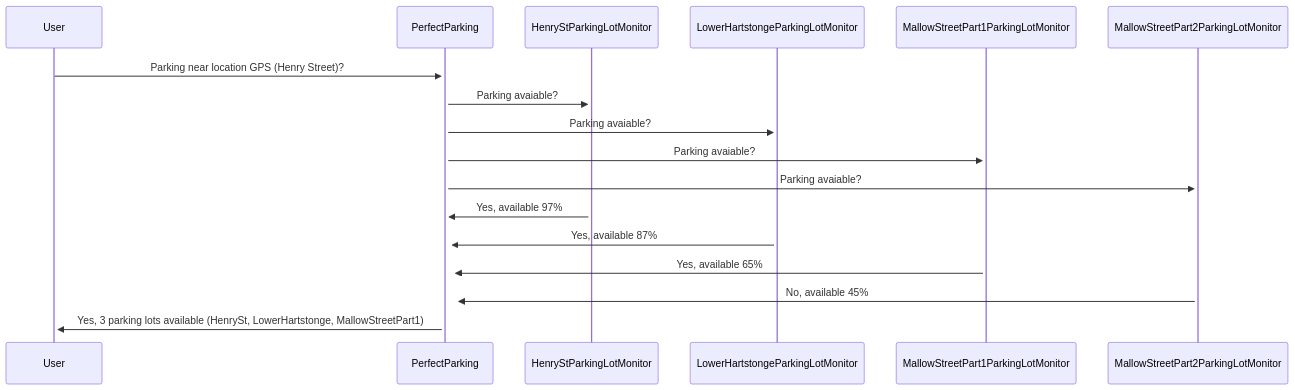
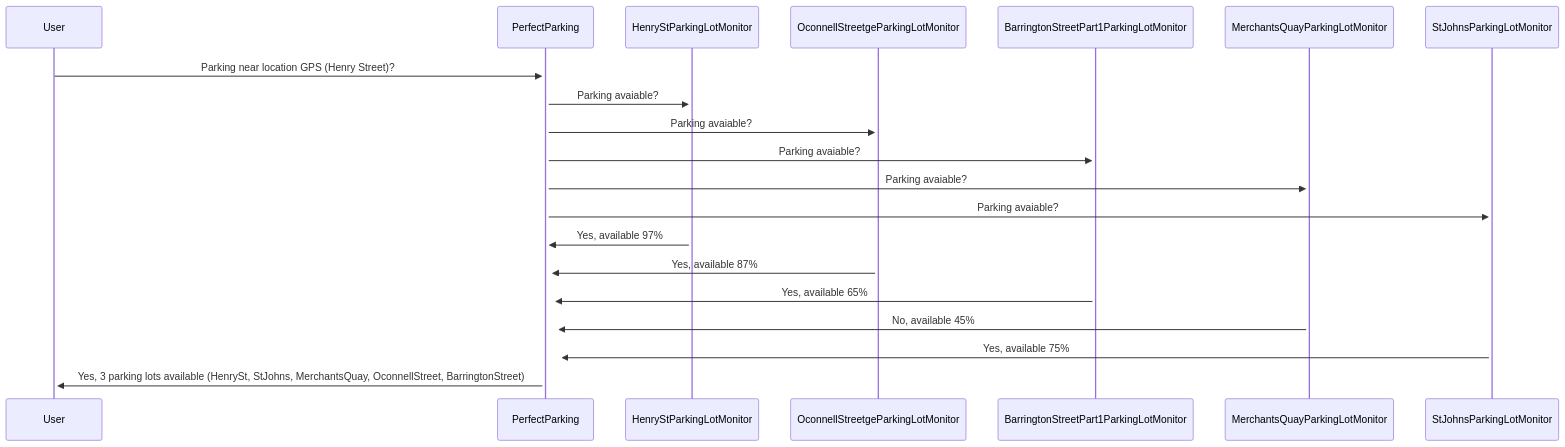
Before and after one commit to Rhys-LIT/perfect-parking-fyp: the diagram in docs/diargrams/user-parking-sequence.mmd, drawn with Mermaid. The commit also changed 16 other files, not shown here.

```diff
--- a/docs/diargrams/user-parking-sequence.mmd
+++ b/docs/diargrams/user-parking-sequence.mmd
@@ -1,11 +1,14 @@
 sequenceDiagram
     User->>+PerfectParking: Parking near location GPS (Henry Street)?
     PerfectParking->>+HenryStParkingLotMonitor: Parking avaiable?
-    PerfectParking->>+LowerHartstongeParkingLotMonitor: Parking avaiable?
-    PerfectParking->>+MallowStreetPart1ParkingLotMonitor: Parking avaiable?
-    PerfectParking->>+MallowStreetPart2ParkingLotMonitor: Parking avaiable?
+    PerfectParking->>+OconnellStreetgeParkingLotMonitor: Parking avaiable?
+    PerfectParking->>+BarringtonStreetPart1ParkingLotMonitor: Parking avaiable?
+    PerfectParking->>+MerchantsQuayParkingLotMonitor: Parking avaiable?
+    PerfectParking->>+StJohnsParkingLotMonitor: Parking avaiable?
+
     HenryStParkingLotMonitor->>+PerfectParking: Yes, available 97%
-    LowerHartstongeParkingLotMonitor->>+PerfectParking: Yes, available 87%
-    MallowStreetPart1ParkingLotMonitor->>+PerfectParking: Yes, available 65%
-    MallowStreetPart2ParkingLotMonitor->>+PerfectParking: No, available 45%
-    PerfectParking->>+User: Yes, 3 parking lots available (HenrySt, LowerHartstonge, MallowStreetPart1)
+    OconnellStreetgeParkingLotMonitor->>+PerfectParking: Yes, available 87%
+    BarringtonStreetPart1ParkingLotMonitor->>+PerfectParking: Yes, available 65%
+    MerchantsQuayParkingLotMonitor->>+PerfectParking: No, available 45%
+    StJohnsParkingLotMonitor->>+PerfectParking: Yes, available 75%
+    PerfectParking->>+User: Yes, 3 parking lots available (HenrySt, StJohns, MerchantsQuay, OconnellStreet, BarringtonStreet)
```
